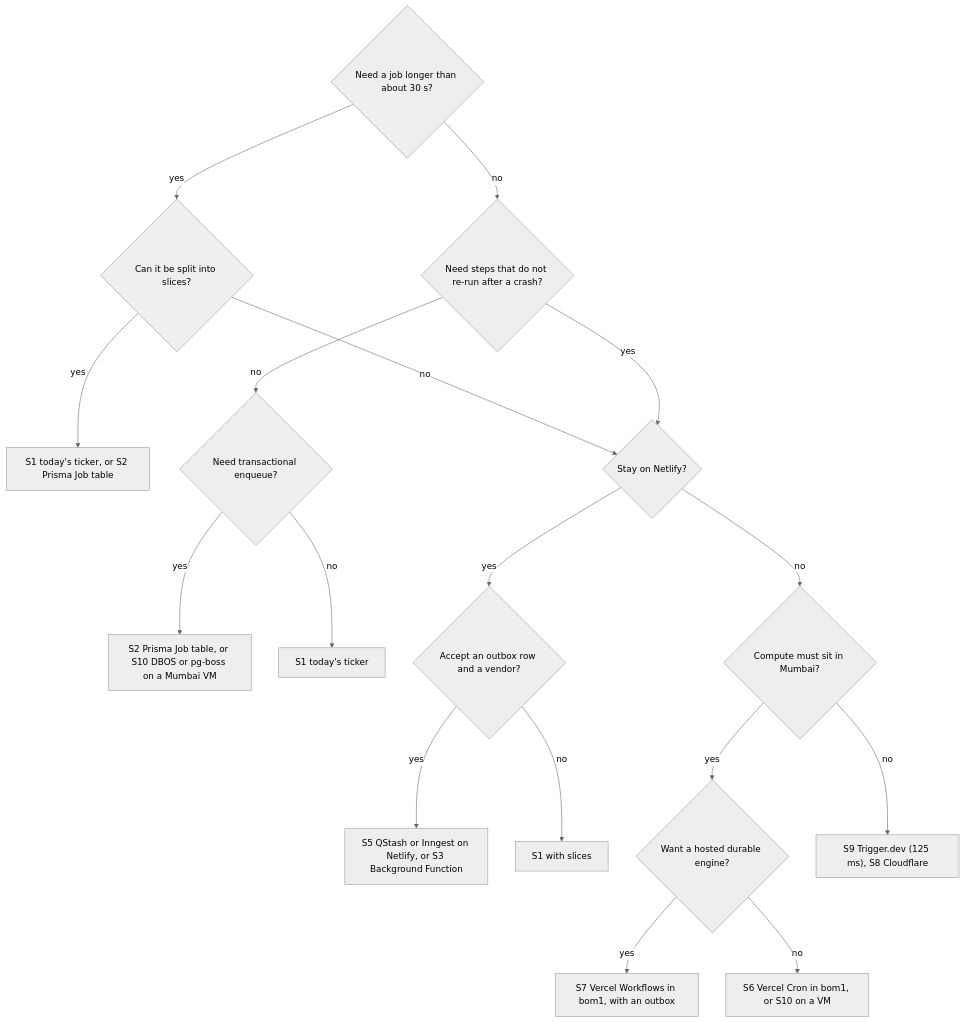
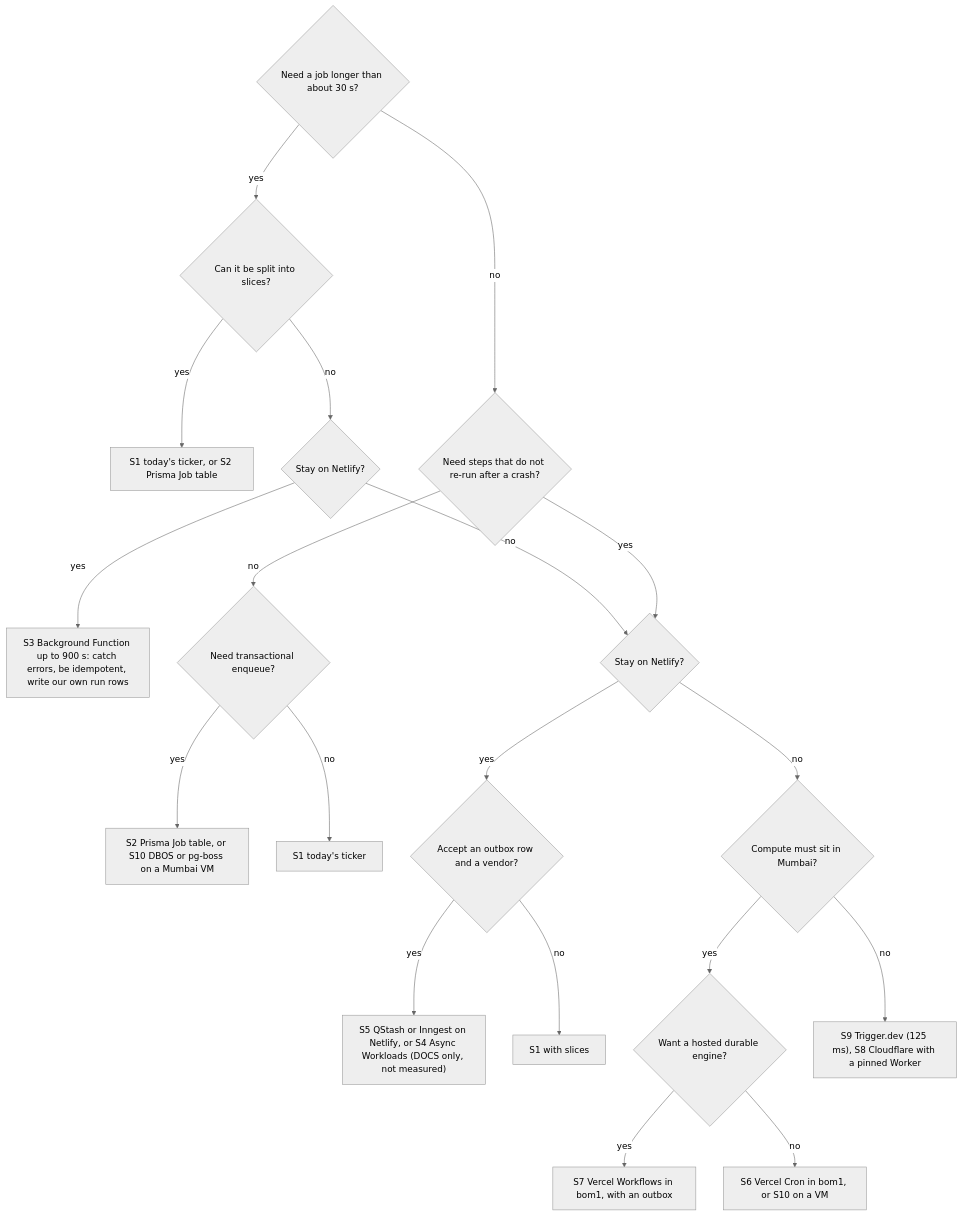
One commit to Practitionist/familiarise_web changed the second of 2 diagrams in docs/maintenance/15-job-runtime-layer-matrix.md. Above: the diagram before and after it, drawn with Mermaid (neutral theme). The commit also changed other lines of this file and 7 other files, not shown here.

Commit message:
docs: add the Netlify Background Functions results and the Async Workloads research

````diff
--- a/docs/maintenance/15-job-runtime-layer-matrix.md
+++ b/docs/maintenance/15-job-runtime-layer-matrix.md
@@ -130,20 +130,22 @@
 ```mermaid
 flowchart TD
   Q1{"Need a job longer than about 30 s?"}
-  Q1 -- no --> Q2{"Need steps that do not re-run after a crash?"}
   Q1 -- yes --> Q1B{"Can it be split into slices?"}
   Q1B -- yes --> S1["S1 today's ticker, or S2 Prisma Job table"]
-  Q1B -- no --> Q4
+  Q1B -- no --> Q1C{"Stay on Netlify?"}
+  Q1C -- yes --> S3["S3 Background Function up to 900 s: catch errors, be idempotent, write our own run rows"]
+  Q1C -- no --> Q4
+  Q1 -- no --> Q2{"Need steps that do not re-run after a crash?"}
   Q2 -- no --> Q3{"Need transactional enqueue?"}
   Q2 -- yes --> Q4{"Stay on Netlify?"}
-  Q3 -- yes --> S1B["S2 Prisma Job table, or S10 DBOS or pg-boss on a Mumbai VM"]
+  Q3 -- yes --> S2["S2 Prisma Job table, or S10 DBOS or pg-boss on a Mumbai VM"]
   Q3 -- no --> S1C["S1 today's ticker"]
   Q4 -- yes --> Q5{"Accept an outbox row and a vendor?"}
-  Q5 -- yes --> S5["S5 QStash or Inngest on Netlify, or S3 Background Function "]
+  Q5 -- yes --> S5["S5 QStash or Inngest on Netlify, or S4 Async Workloads (DOCS only, not measured)"]
   Q5 -- no --> S1D["S1 with slices"]
   Q4 -- no --> Q6{"Compute must sit in Mumbai?"}
   Q6 -- yes --> Q7{"Want a hosted durable engine?"}
   Q7 -- yes --> S7["S7 Vercel Workflows in bom1, with an outbox"]
   Q7 -- no --> S6["S6 Vercel Cron in bom1, or S10 on a VM"]
-  Q6 -- no --> S9["S9 Trigger.dev (125 ms), S8 Cloudflare"]
+  Q6 -- no --> S9["S9 Trigger.dev (125 ms), S8 Cloudflare with a pinned Worker"]
 ```
````
